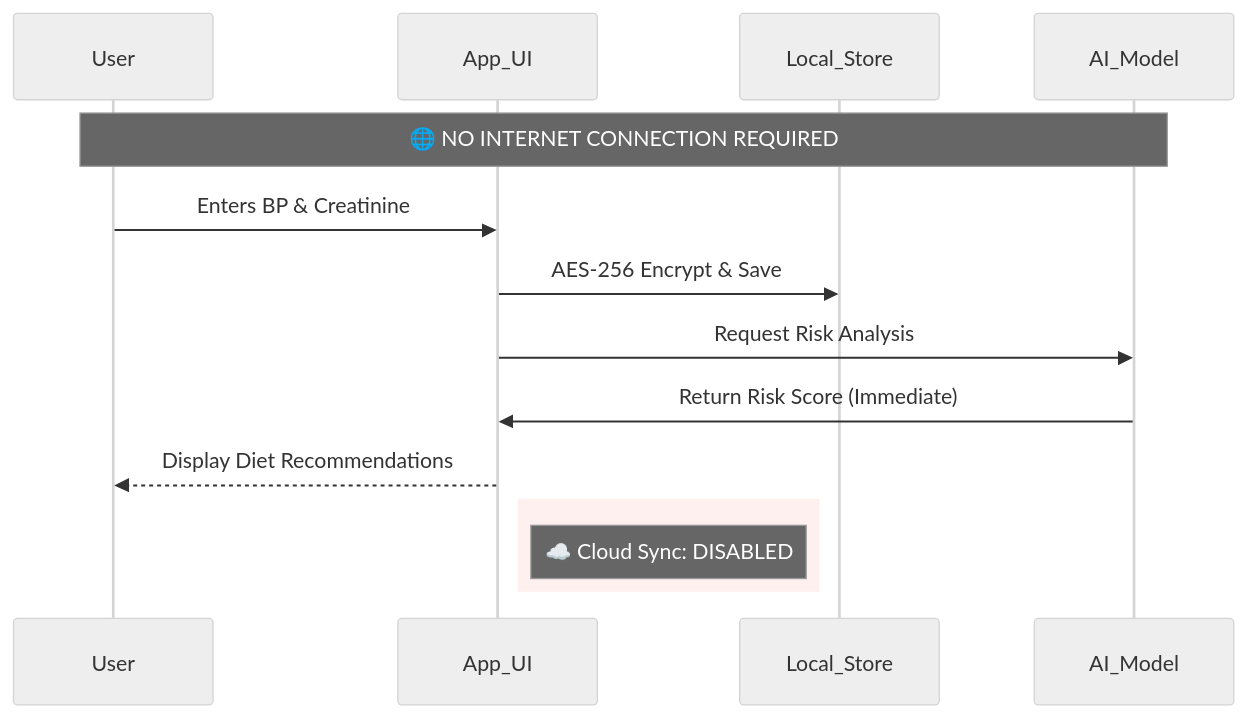
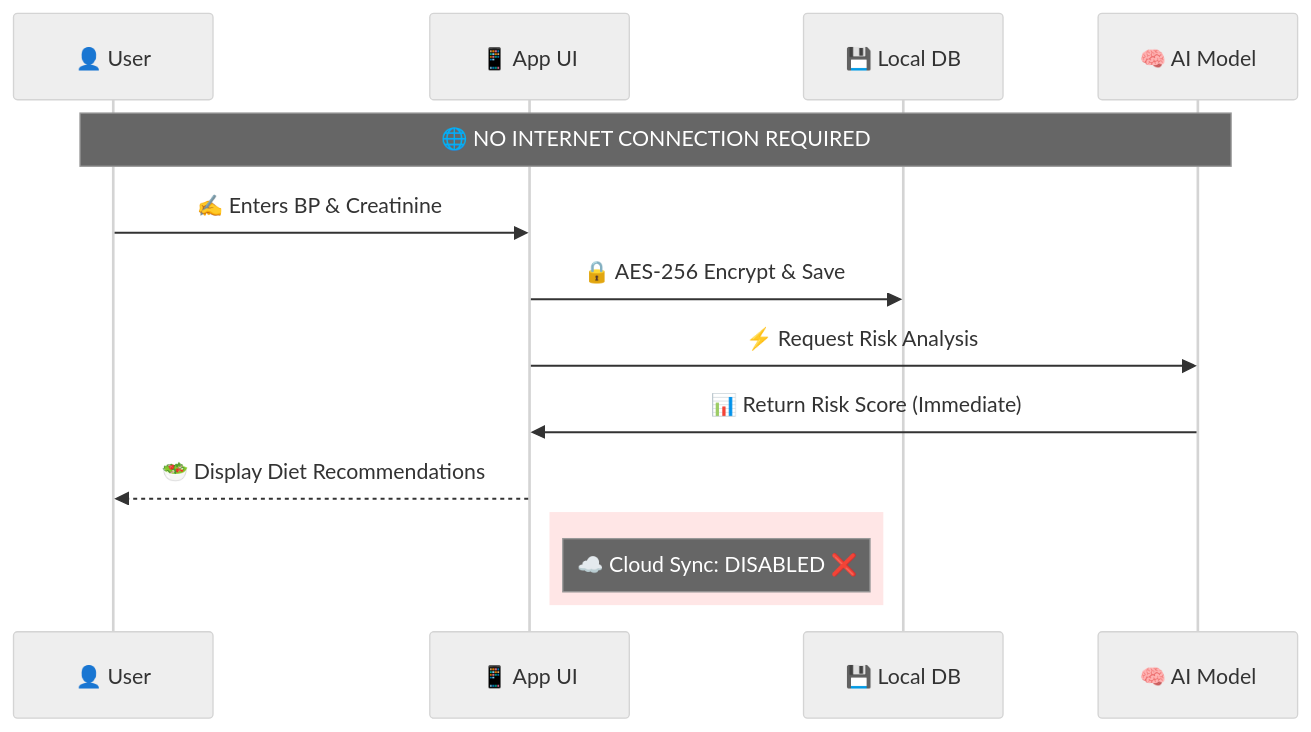
The third of 5 diagrams in README.md (senushidinara/KidneyCare-AI-Powered-CKD-Awareness-Detection-Prevention), drawn with Mermaid (neutral theme) before and after one commit. The commit also changed other lines of this file, not shown here.

````diff
--- a/README.md
+++ b/README.md
@@ -90,19 +103,19 @@
 ```mermaid
 sequenceDiagram
-    participant User
-    participant App_UI
-    participant Local_Store
-    participant AI_Model
+    participant User as 👤 User
+    participant App_UI as 📱 App UI
+    participant Local_Store as 💾 Local DB
+    participant AI_Model as 🧠 AI Model
     
     Note over User, AI_Model: 🌐 NO INTERNET CONNECTION REQUIRED
     
-    User->>App_UI: Enters BP & Creatinine
-    App_UI->>Local_Store: AES-256 Encrypt & Save
-    App_UI->>AI_Model: Request Risk Analysis
-    AI_Model->>App_UI: Return Risk Score (Immediate)
-    App_UI-->>User: Display Diet Recommendations
+    User->>App_UI: ✍️ Enters BP & Creatinine
+    App_UI->>Local_Store: 🔒 AES-256 Encrypt & Save
+    App_UI->>AI_Model: ⚡ Request Risk Analysis
+    AI_Model->>App_UI: 📊 Return Risk Score (Immediate)
+    App_UI-->>User: 🥗 Display Diet Recommendations
     
-    rect rgb(255, 240, 240)
-        Note right of App_UI: ☁️ Cloud Sync: DISABLED
+    rect rgb(255, 230, 230)
+        Note right of App_UI: ☁️ Cloud Sync: DISABLED ❌
     end
 ```
````
